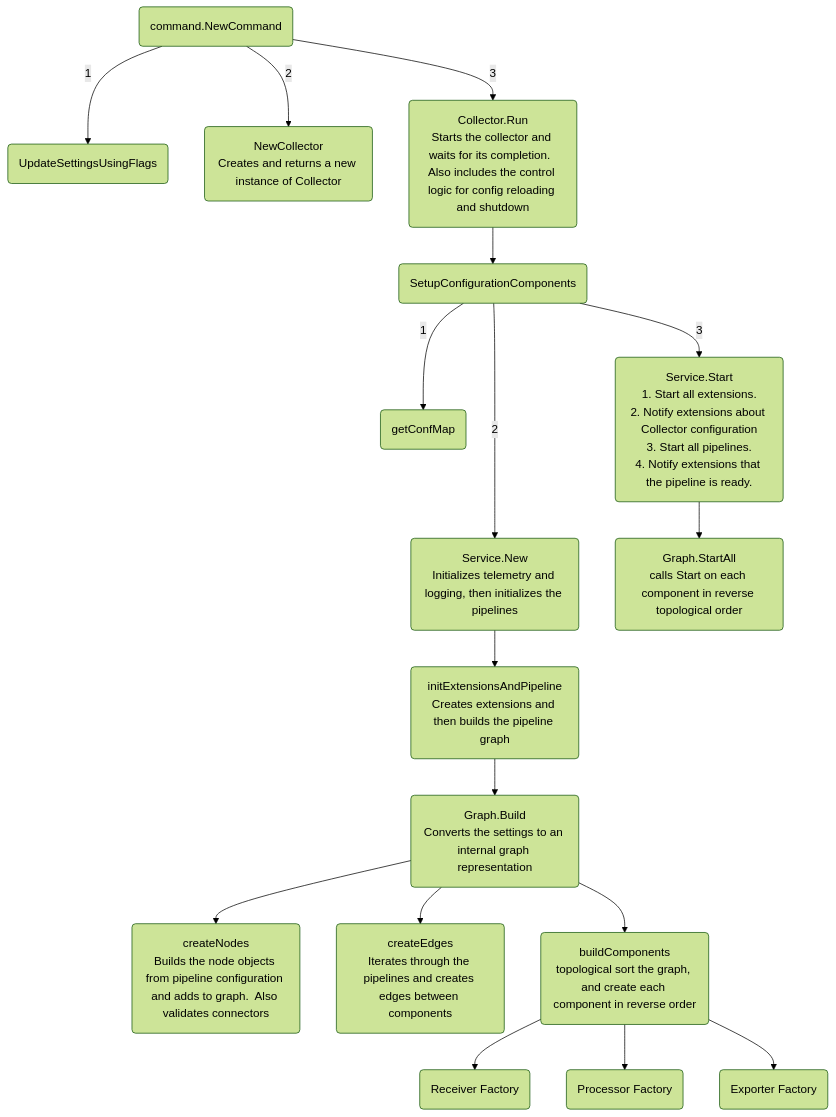
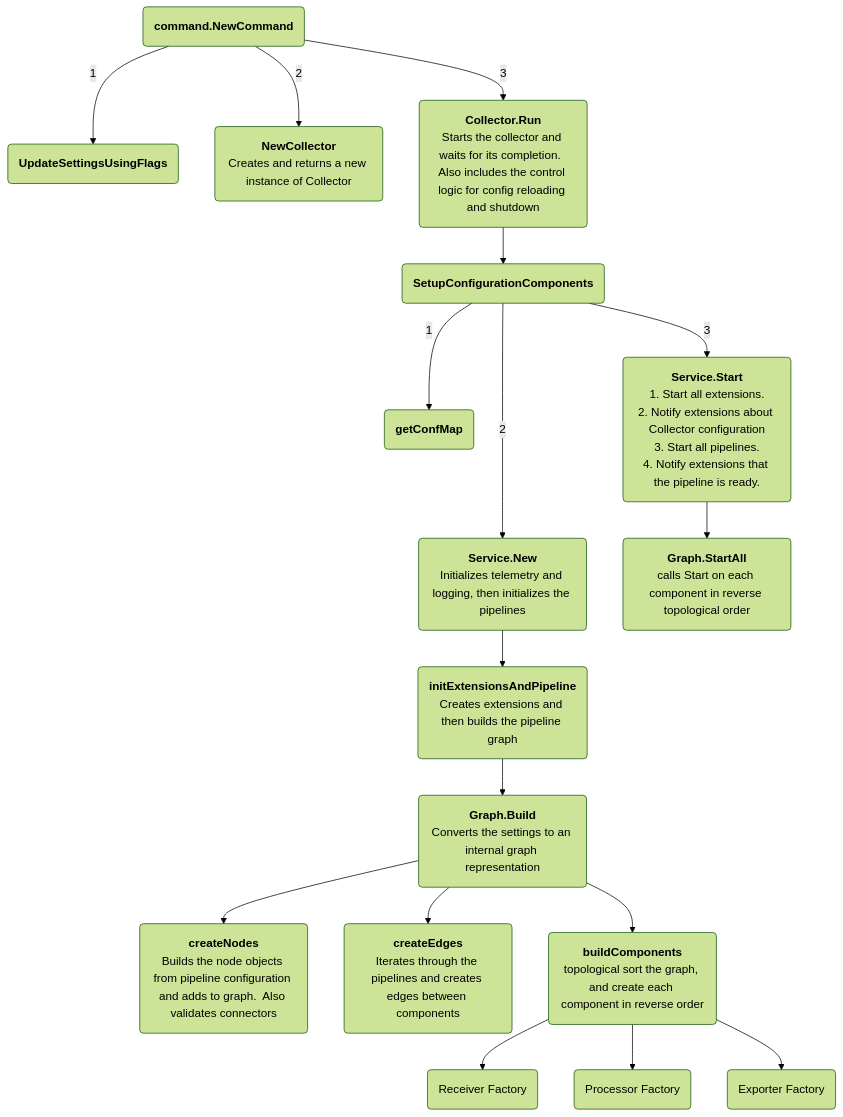
The diagram in docs/startup.md (open-telemetry/opentelemetry-collector), drawn with Mermaid (forest theme) before and after one commit. The commit also changed other lines of this file, not shown here.

````diff
--- a/docs/startup.md
+++ b/docs/startup.md
@@ -2,31 +2,31 @@
 ```mermaid
 flowchart TD
-    A("`command.NewCommand`") -->|1| B("`UpdateSettingsUsingFlags`")
-    A --> |2| C("`NewCollector
+    A("`**command.NewCommand**`") -->|1| B("`**UpdateSettingsUsingFlags**`")
+    A --> |2| C("`**NewCollector**
     Creates and returns a new instance of Collector`")
-    A --> |3| D("`Collector.Run
+    A --> |3| D("`**Collector.Run**
     Starts the collector and waits for its completion.  Also includes the control logic for config reloading and shutdown`")
-    D --> E("`SetupConfigurationComponents`")
-    E -->  |1| F(getConfMap)
-    E ---> |2| G("`Service.New
+    D --> E("`**SetupConfigurationComponents**`")
+    E -->  |1| F("`**getConfMap**`")
+    E ---> |2| G("`**Service.New**
      Initializes telemetry and logging, then initializes the pipelines`")
-    E --> |3| Q("`Service.Start
+    E --> |3| Q("`**Service.Start**
     1. Start all extensions.
     2. Notify extensions about Collector configuration
     3. Start all pipelines.
     4. Notify extensions that the pipeline is ready.
     `")
-    Q --> R("`Graph.StartAll
+    Q --> R("`**Graph.StartAll**
     calls Start on each component in reverse topological order`")
-    G --> H("`initExtensionsAndPipeline
+    G --> H("`**initExtensionsAndPipeline**
      Creates extensions and then builds the pipeline graph`")
-    H --> I("`Graph.Build
+    H --> I("`**Graph.Build**
      Converts the settings to an internal graph representation`")
-    I --> J("`createNodes
+    I --> J("`**createNodes**
      Builds the node objects from pipeline configuration and adds to graph.  Also validates connectors`")
-    I --> K("`createEdges
+    I --> K("`**createEdges**
      Iterates through the pipelines and creates edges between components`")
-    I --> L("`buildComponents
+    I --> L("`**buildComponents**
      topological sort the graph, and create each component in reverse order`")
     L --> M(Receiver Factory) & N(Processor Factory) & O(Exporter Factory)
 ```
````
